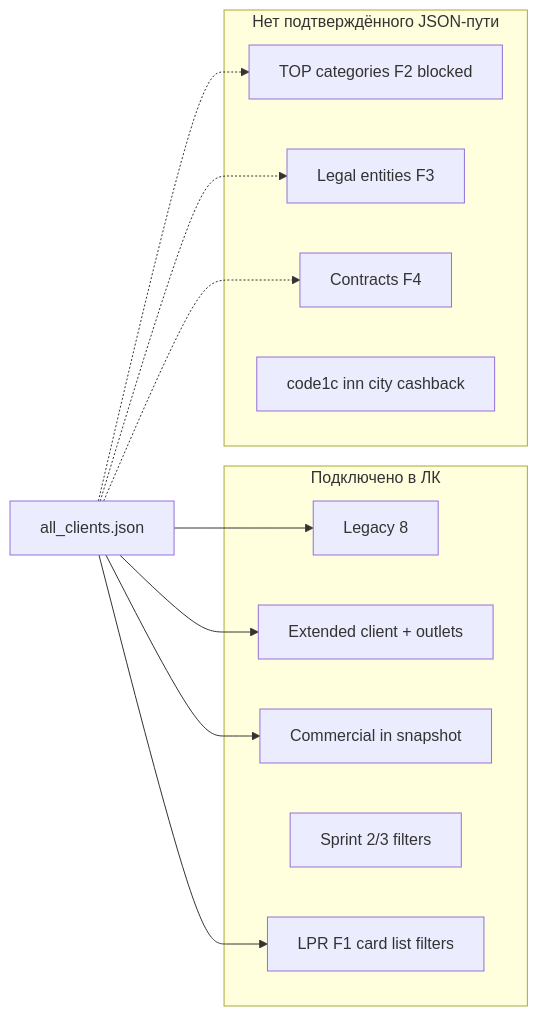
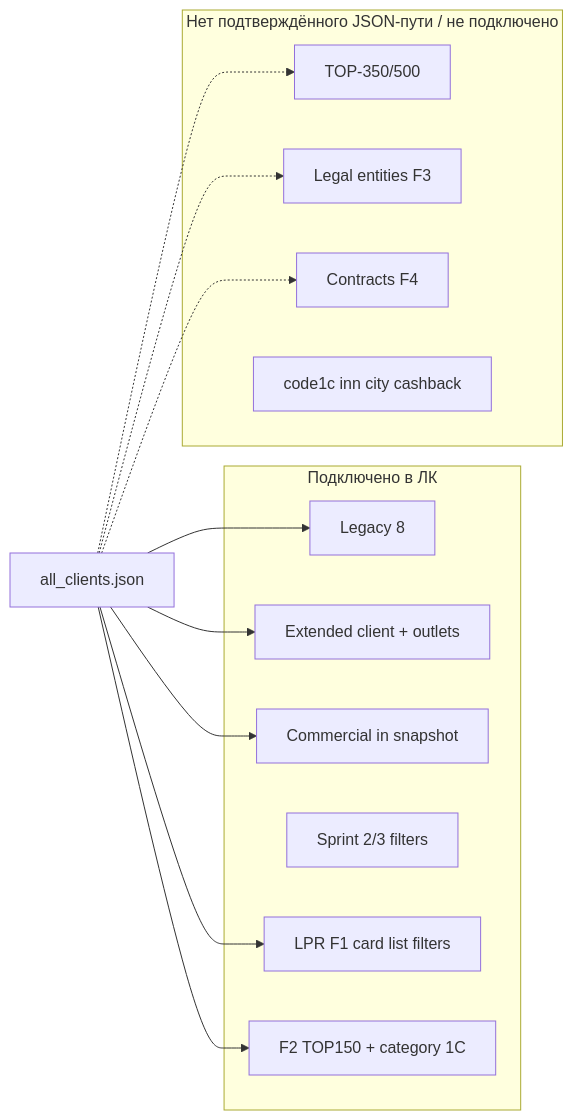
The diagram in docs/delivery/remaining-exchange-fields-map.md (karenavedikyan/tandoor-rf), drawn with Mermaid before and after one commit. The commit also changed other lines of this file and 22 other files, not shown here.

First line of the commit message:
feat(F2): wire wholesale TOP150 and category 1C from recovered exchange audit

````diff
--- a/docs/delivery/remaining-exchange-fields-map.md
+++ b/docs/delivery/remaining-exchange-fields-map.md
@@ -231,23 +241,25 @@
 ```mermaid
 flowchart LR
   subgraph done [Подключено в ЛК]
     L8[Legacy 8]
     EX[Extended client + outlets]
     COM[Commercial in snapshot]
     FIL[Sprint 2/3 filters]
     LPR[LPR F1 card list filters]
+    F2W[F2 TOP150 + category 1C]
   end
-  subgraph missing [Нет подтверждённого JSON-пути]
-    TOP[TOP categories F2 blocked]
+  subgraph missing [Нет подтверждённого JSON-пути / не подключено]
+    TOP350[TOP-350/500]
     LEG[Legal entities F3]
     CON[Contracts F4]
     PLH[code1c inn city cashback]
   end
   JSON[all_clients.json] --> L8
   JSON --> EX
   JSON --> COM
   JSON --> LPR
-  JSON -.-> TOP
+  JSON --> F2W
+  JSON -.-> TOP350
   JSON -.-> LEG
   JSON -.-> CON
 ```
````
